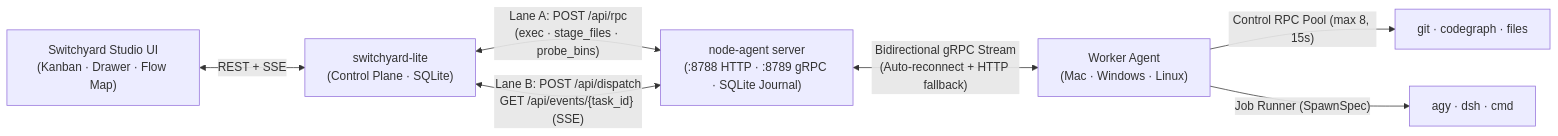
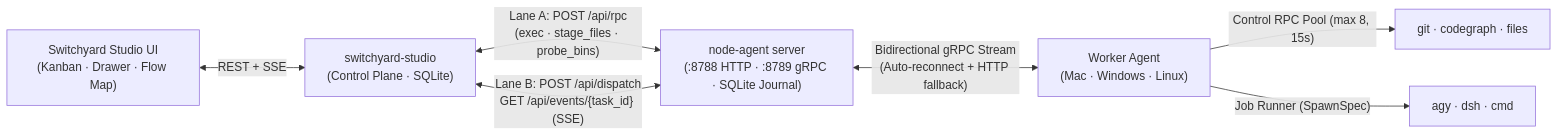
Before and after one commit to adityahimaone/switchyard-lite: the diagram in docs/AUTONOMOUS_STUDIO_V2.md, drawn with Mermaid. The commit also changed other lines of this file and 219 other files, not shown here.

Commit message:
refactor: rebrand switchyard-lite → switchyard-studio

````diff
--- a/docs/AUTONOMOUS_STUDIO_V2.md
+++ b/docs/AUTONOMOUS_STUDIO_V2.md
@@ -22,9 +22,9 @@
 ```mermaid
 flowchart LR
-  UI["Switchyard Studio UI<br/>(Kanban · Drawer · Flow Map)"] <-->|REST + SSE| CP["switchyard-lite<br/>(Control Plane · SQLite)"]
+  UI["Switchyard Studio UI<br/>(Kanban · Drawer · Flow Map)"] <-->|REST + SSE| CP["switchyard-studio<br/>(Control Plane · SQLite)"]
   CP <-->|"Lane A: POST /api/rpc<br/>(exec · stage_files · probe_bins)"| NA["node-agent server<br/>(:8788 HTTP · :8789 gRPC · SQLite Journal)"]
   CP <-->|"Lane B: POST /api/dispatch<br/>GET /api/events/{task_id} (SSE)"| NA
   NA <-->|"Bidirectional gRPC Stream<br/>(Auto-reconnect + HTTP fallback)"| W["Worker Agent<br/>(Mac · Windows · Linux)"]
   W -->|"Control RPC Pool (max 8, 15s)"| GIT["git · codegraph · files"]
   W -->|"Job Runner (SpawnSpec)"| CLI["agy · dsh · cmd"]
 ```
````
